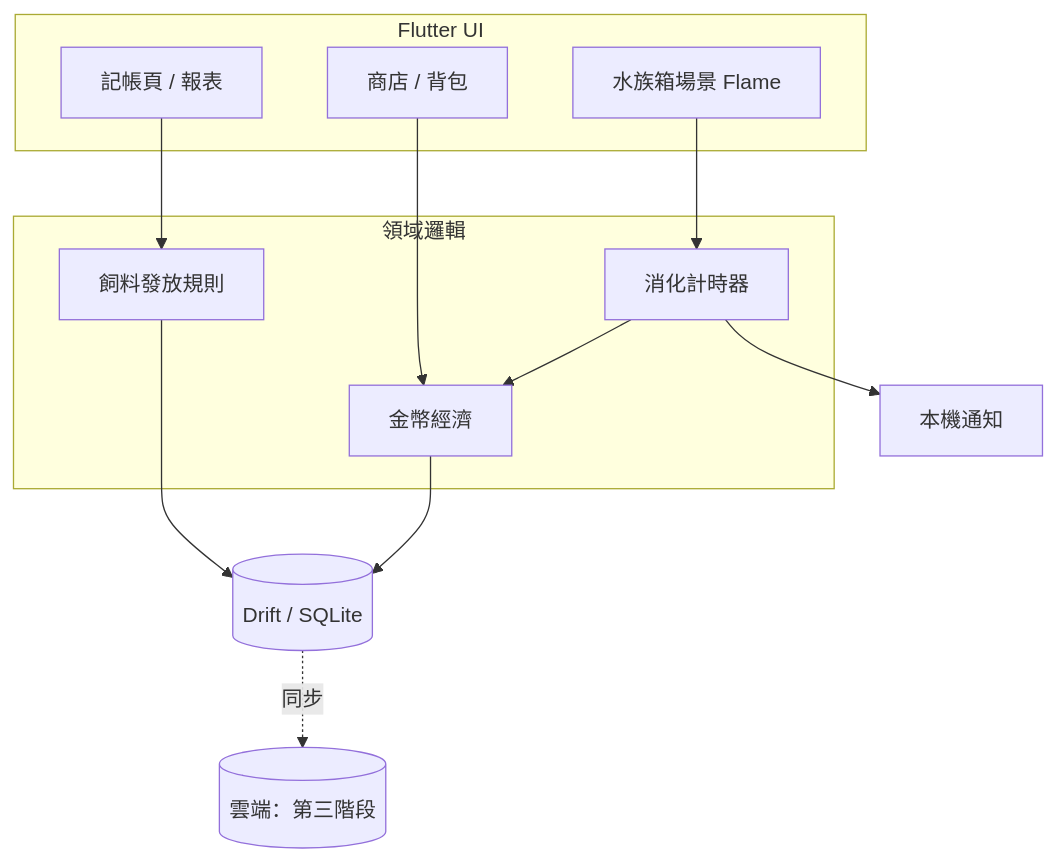
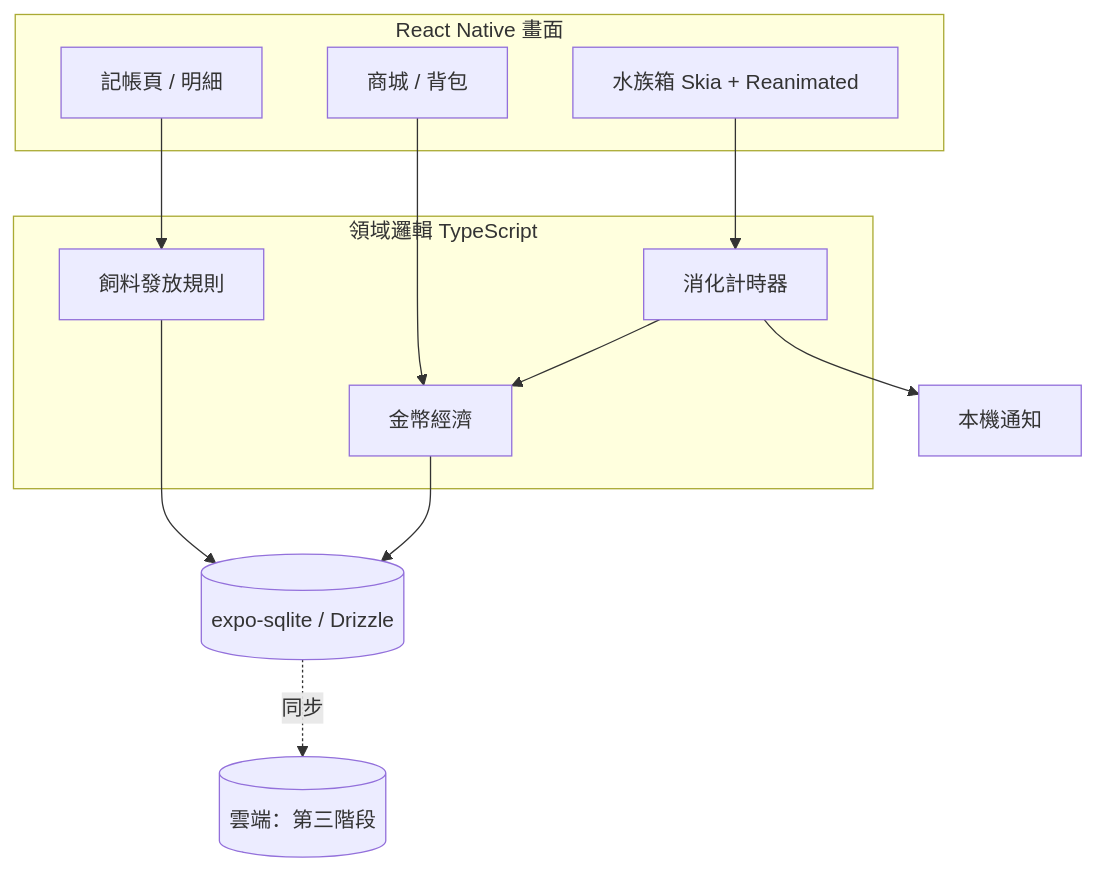
The diagram in docs/04-tech-architecture.md (Hi-Alan-Liu/fish-note), drawn with Mermaid before and after one commit. The commit also changed other lines of this file and 179 other files, not shown here.

````diff
--- a/docs/04-tech-architecture.md
+++ b/docs/04-tech-architecture.md
@@ -16,21 +21,21 @@
 ```mermaid
 flowchart TB
-    subgraph UI[Flutter UI]
-        L[記帳頁 / 報表]
-        S[商店 / 背包]
-        T[水族箱場景 Flame]
+    subgraph UI[React Native 畫面]
+        L[記帳頁 / 明細]
+        S[商城 / 背包]
+        T[水族箱 Skia + Reanimated]
     end
-    subgraph Domain[領域邏輯]
+    subgraph Domain[領域邏輯 TypeScript]
         FR[飼料發放規則]
         DG[消化計時器]
         EC[金幣經濟]
     end
-    DB[(Drift / SQLite)]
+    DB[(expo-sqlite / Drizzle)]
     N[本機通知]
     C[(雲端：第三階段)]
     L --> FR --> DB
     T --> DG --> EC --> DB
     S --> EC
     DG --> N
     DB -.同步.-> C
 ```
````
